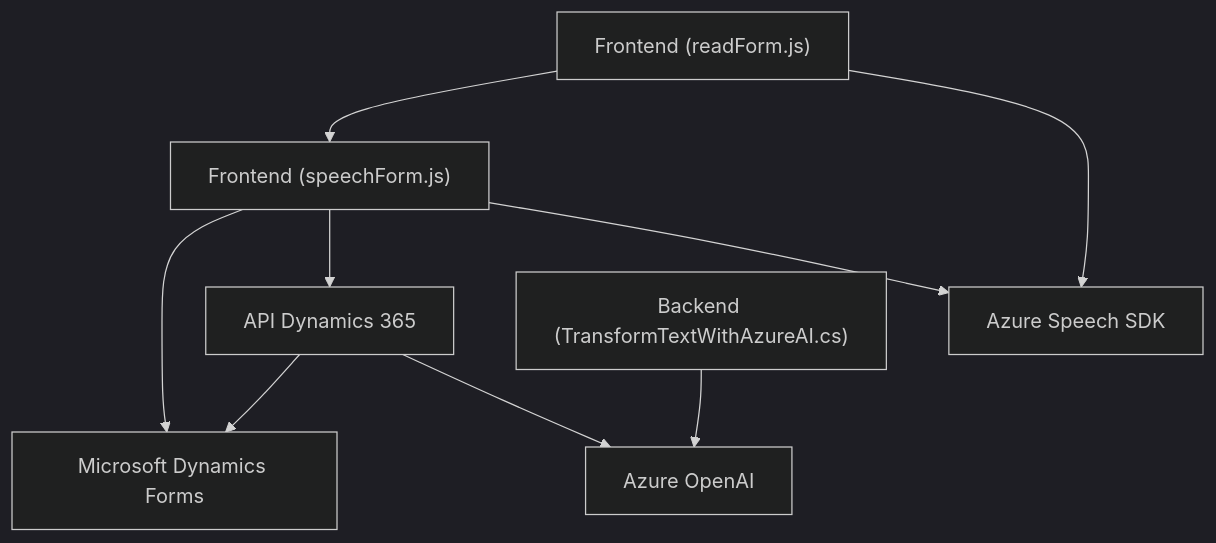
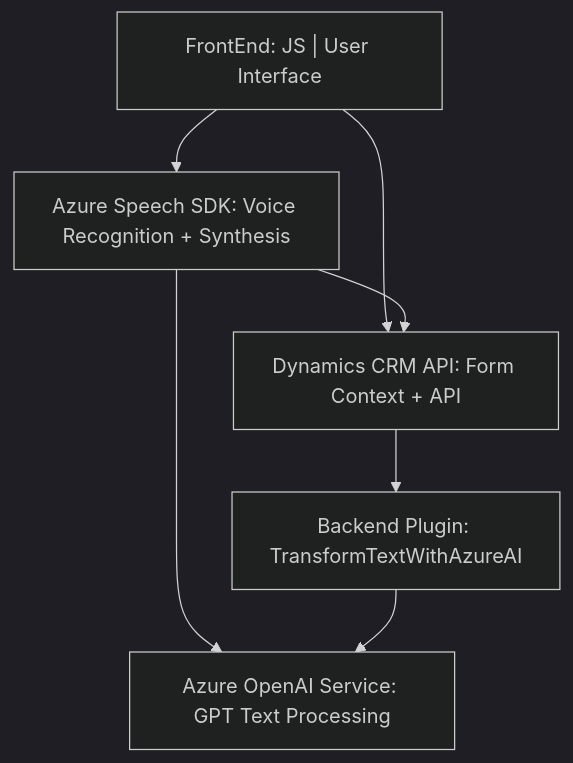
Before and after one commit to blopezdm/NETCORE_BILBAO2025: the diagram in README.md, drawn with Mermaid (dark theme). The commit also changed other lines of this file, not shown here.

````diff
--- a/README.md
+++ b/README.md
@@ -69,11 +39,15 @@
 ```mermaid
 graph TD
-  A["Frontend (readForm.js)"] --> B["Azure Speech SDK"]
-  A --> C["Frontend (speechForm.js)"]
-  C --> B
-  C --> D["API Dynamics 365"]
-  D --> F["Azure OpenAI"]
-  E["Backend (TransformTextWithAzureAI.cs)"] --> F
-  D --> G["Microsoft Dynamics Forms"]
-  C --> G
+    A["FrontEnd: JS | User Interface"]
+    B["Azure Speech SDK: Voice Recognition + Synthesis"]
+    C["Dynamics CRM API: Form Context + API"]
+    D["Backend Plugin: TransformTextWithAzureAI"]
+    E["Azure OpenAI Service: GPT Text Processing"]
+    
+    A --> B
+    A --> C
+    B --> C
+    B --> E
+    C --> D
+    D --> E
 ```
````
